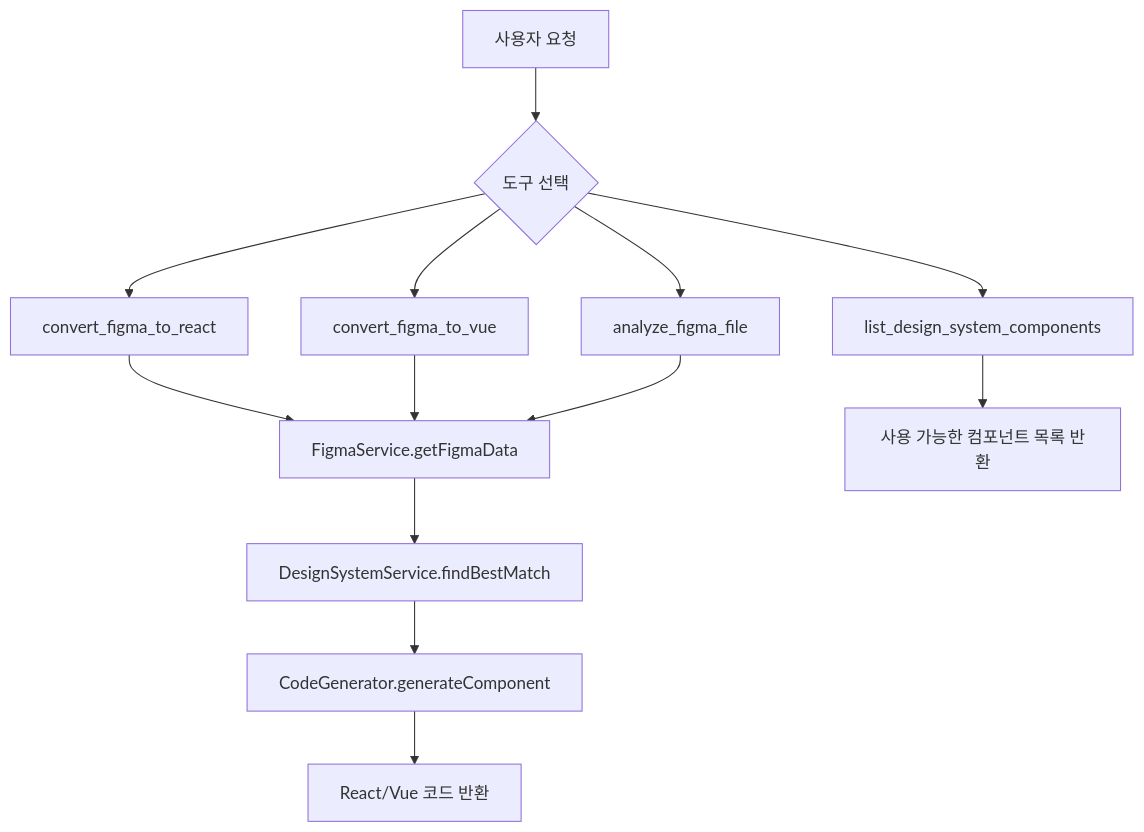
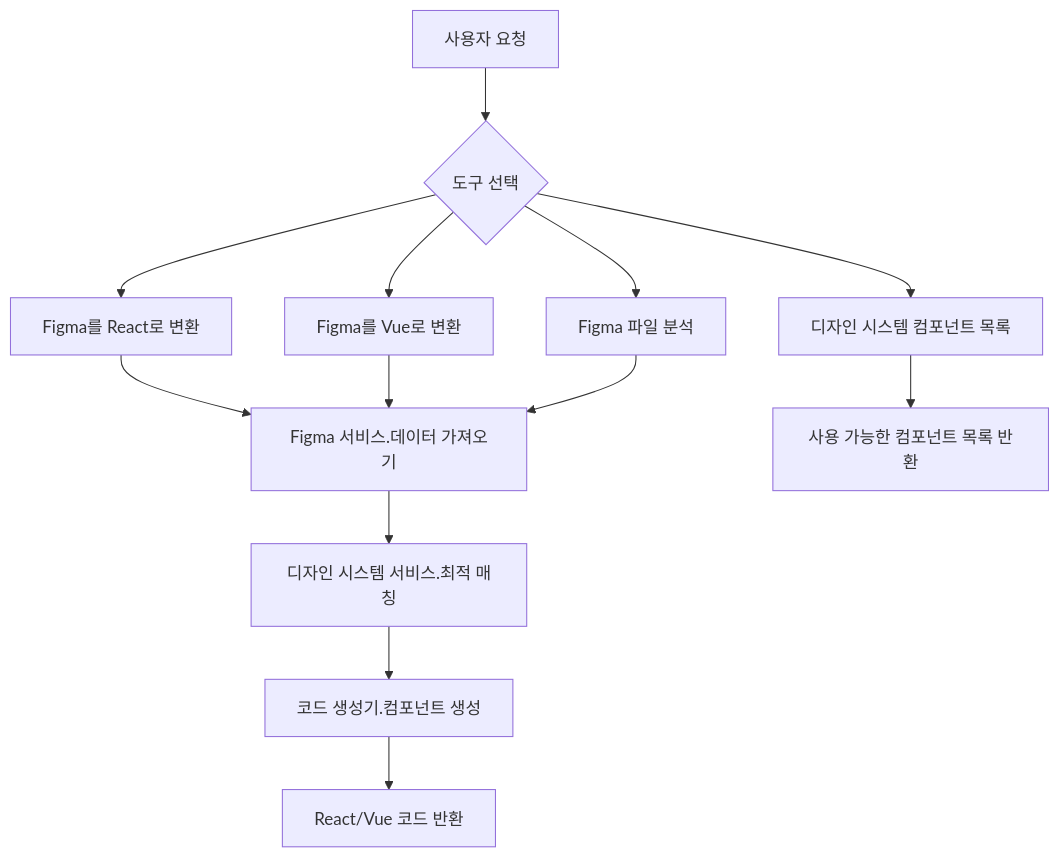
The second of 8 diagrams in project-flow-diagram.md (Opti-kjh/palette), drawn with Mermaid before and after one commit. The commit also changed other lines of this file and 2 other files, not shown here.

Commit message:
project-flow-diagram 주석 설치

````diff
--- a/project-flow-diagram.md
+++ b/project-flow-diagram.md
@@ -48,19 +48,19 @@
 ```mermaid
 graph TD
     A[사용자 요청] --> B{도구 선택}
     
-    B --> C[convert_figma_to_react]
-    B --> D[convert_figma_to_vue]
-    B --> E[list_design_system_components]
-    B --> F[analyze_figma_file]
+    B --> C[Figma를 React로 변환]
+    B --> D[Figma를 Vue로 변환]
+    B --> E[디자인 시스템 컴포넌트 목록]
+    B --> F[Figma 파일 분석]
     
-    C --> G[FigmaService.getFigmaData]
+    C --> G[Figma 서비스.데이터 가져오기]
     D --> G
     F --> G
     
-    G --> H[DesignSystemService.findBestMatch]
-    H --> I[CodeGenerator.generateComponent]
+    G --> H[디자인 시스템 서비스.최적 매칭]
+    H --> I[코드 생성기.컴포넌트 생성]
     I --> J[React/Vue 코드 반환]
     
     E --> K[사용 가능한 컴포넌트 목록 반환]
 ```
````
